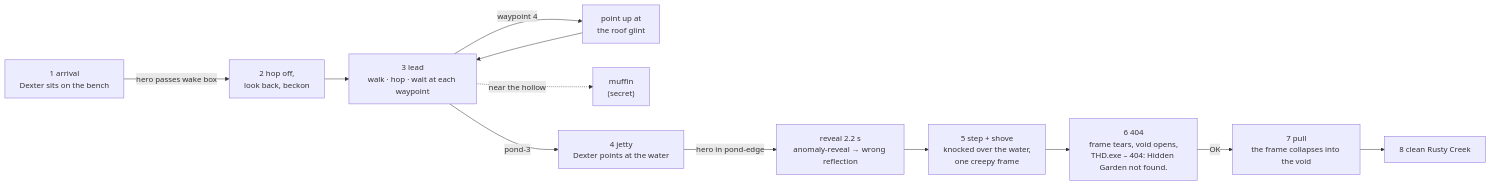
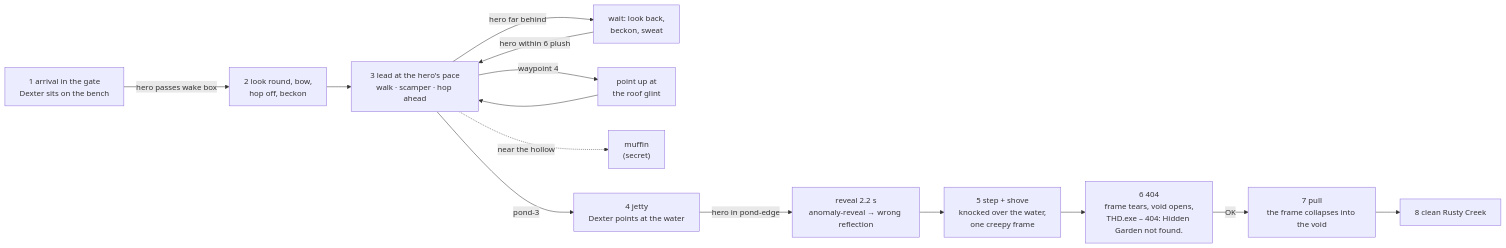
One commit to THD-AI/WinCS changed the first of 3 diagrams in docs/03-STORY-AND-CAST.md. Above: the diagram before and after it, drawn with Mermaid. The commit also changed other lines of this file, not shown here.

Commit message:
docs: describe Dexter's lead and the gate start

````diff
--- a/docs/03-STORY-AND-CAST.md
+++ b/docs/03-STORY-AND-CAST.md
@@ -58,13 +58,14 @@
 ```mermaid
 flowchart LR
-  A["1 arrival<br/>Dexter sits on the bench"] -->|"hero passes wake box"| B["2 hop off,<br/>look back, beckon"]
-  B --> C["3 lead<br/>walk · hop · wait at each waypoint"]
+  A["1 arrival in the gate<br/>Dexter sits on the bench"] -->|"hero passes wake box"| B["2 look round, bow,<br/>hop off, beckon"]
+  B --> C["3 lead at the hero's pace<br/>walk · scamper · hop ahead"]
+  C -->|"hero far behind"| W["wait: look back,<br/>beckon, sweat"] -->|"hero within 6 plush"| C
   C -->|"waypoint 4"| C2["point up at<br/>the roof glint"] --> C
   C -.->|"near the hollow"| M["muffin<br/>(secret)"]
   C -->|"pond-3"| D["4 jetty<br/>Dexter points at the water"]
   D -->|"hero in pond-edge"| R["reveal 2.2 s<br/>anomaly-reveal → wrong reflection"]
   R --> S["5 step + shove<br/>knocked over the water,<br/>one creepy frame"]
   S --> T["6 404<br/>frame tears, void opens,<br/>THD.exe – 404: Hidden Garden not found."]
   T -->|OK| P["7 pull<br/>the frame collapses into the void"]
   P --> L["8 clean Rusty Creek"]
 ```
````
